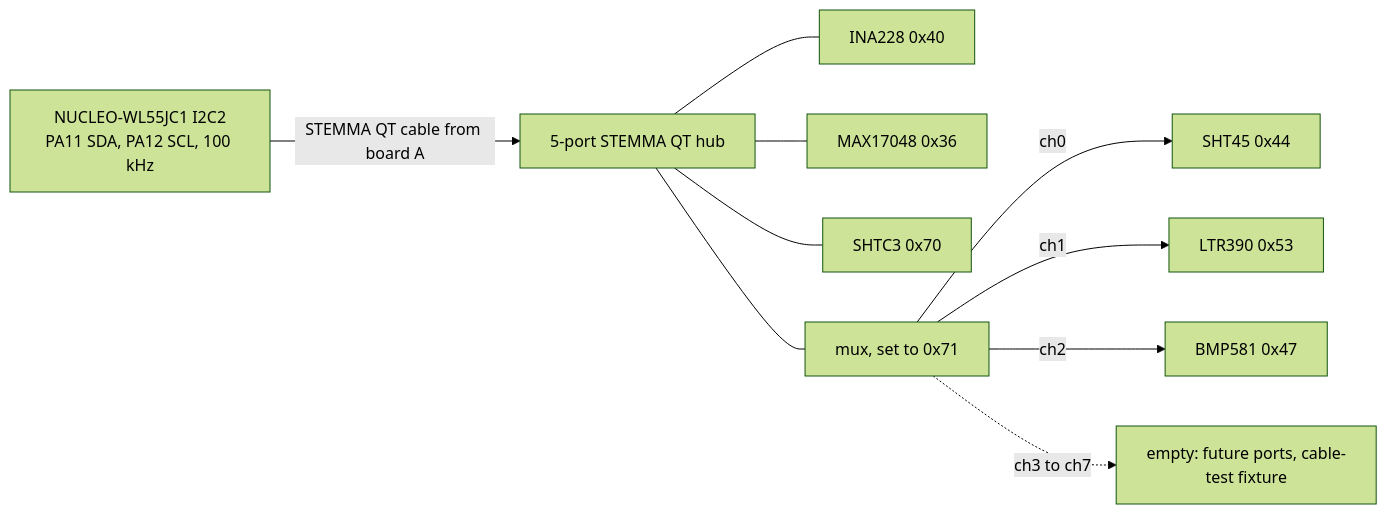
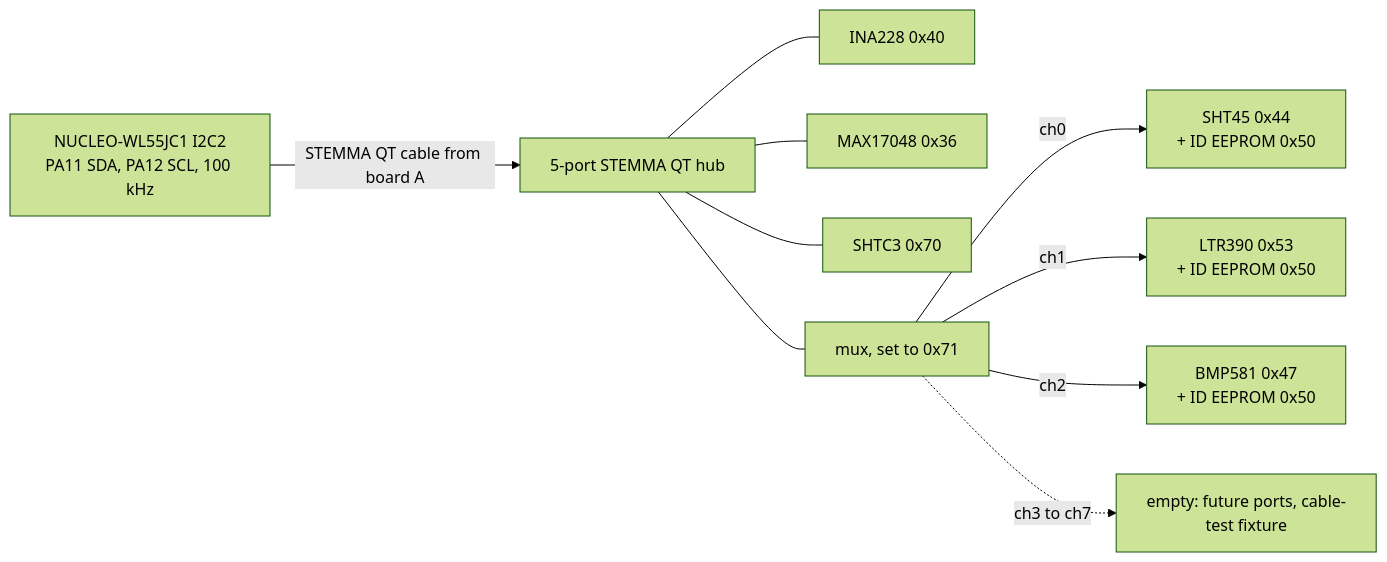
One commit to clintecker/weather-station-2026 changed the third of 11 diagrams in docs/superpowers/specs/2026-10-21-sensor-module-ports-design.md. Above: the diagram before and after it, drawn with Mermaid (forest theme). The commit also changed other lines of this file, not shown here.

First line of the commit message:
Spec: normalize identity, no port sensor without an ID EEPROM

````diff
--- a/docs/superpowers/specs/2026-10-21-sensor-module-ports-design.md
+++ b/docs/superpowers/specs/2026-10-21-sensor-module-ports-design.md
@@ -122,12 +123,12 @@
 ```mermaid
 flowchart LR
   N["NUCLEO-WL55JC1 I2C2<br/>PA11 SDA, PA12 SCL, 100 kHz"] -- "STEMMA QT cable from board A" --> HUB["5-port STEMMA QT hub"]
   HUB --- INA["INA228 0x40"]
   HUB --- MAX["MAX17048 0x36"]
   HUB --- SHTC["SHTC3 0x70"]
   HUB --- MUX["mux, set to 0x71"]
-  MUX -- "ch0" --> SHT["SHT45 0x44"]
-  MUX -- "ch1" --> LTR["LTR390 0x53"]
-  MUX -- "ch2" --> BMP["BMP581 0x47"]
+  MUX -- "ch0" --> SHT["SHT45 0x44<br/>+ ID EEPROM 0x50"]
+  MUX -- "ch1" --> LTR["LTR390 0x53<br/>+ ID EEPROM 0x50"]
+  MUX -- "ch2" --> BMP["BMP581 0x47<br/>+ ID EEPROM 0x50"]
   MUX -. "ch3 to ch7" .-> SP["empty: future ports, cable-test fixture"]
 ```
````
